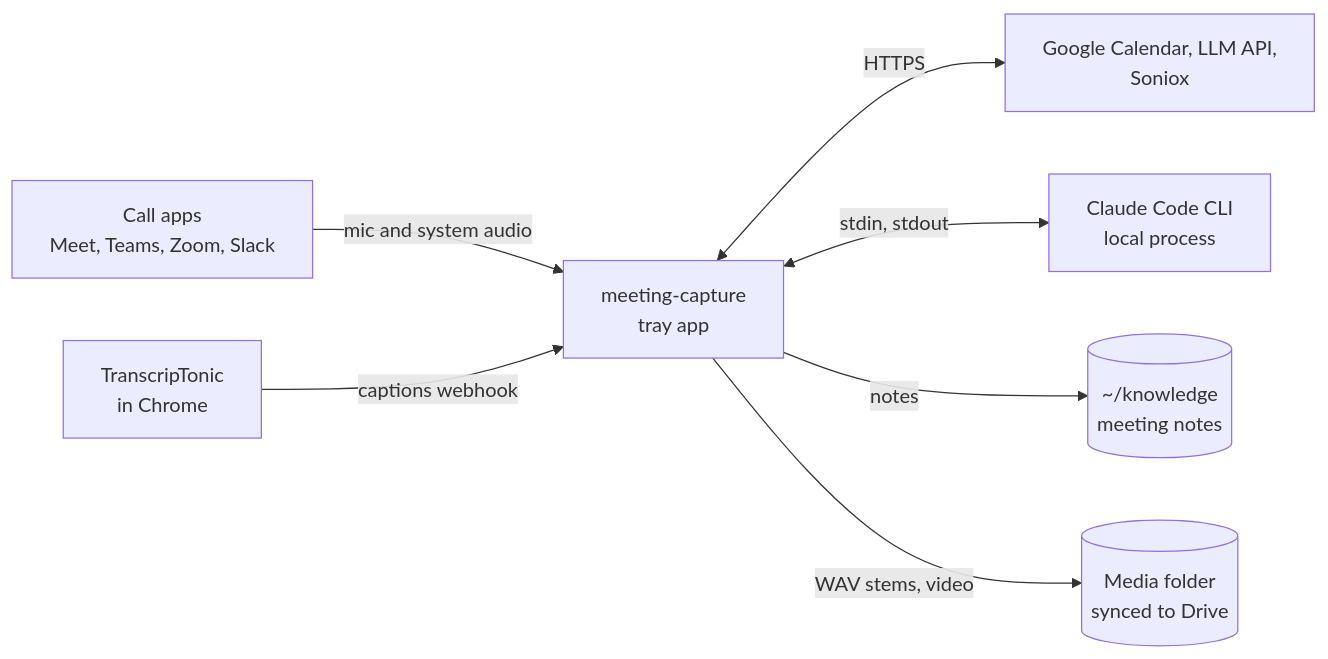
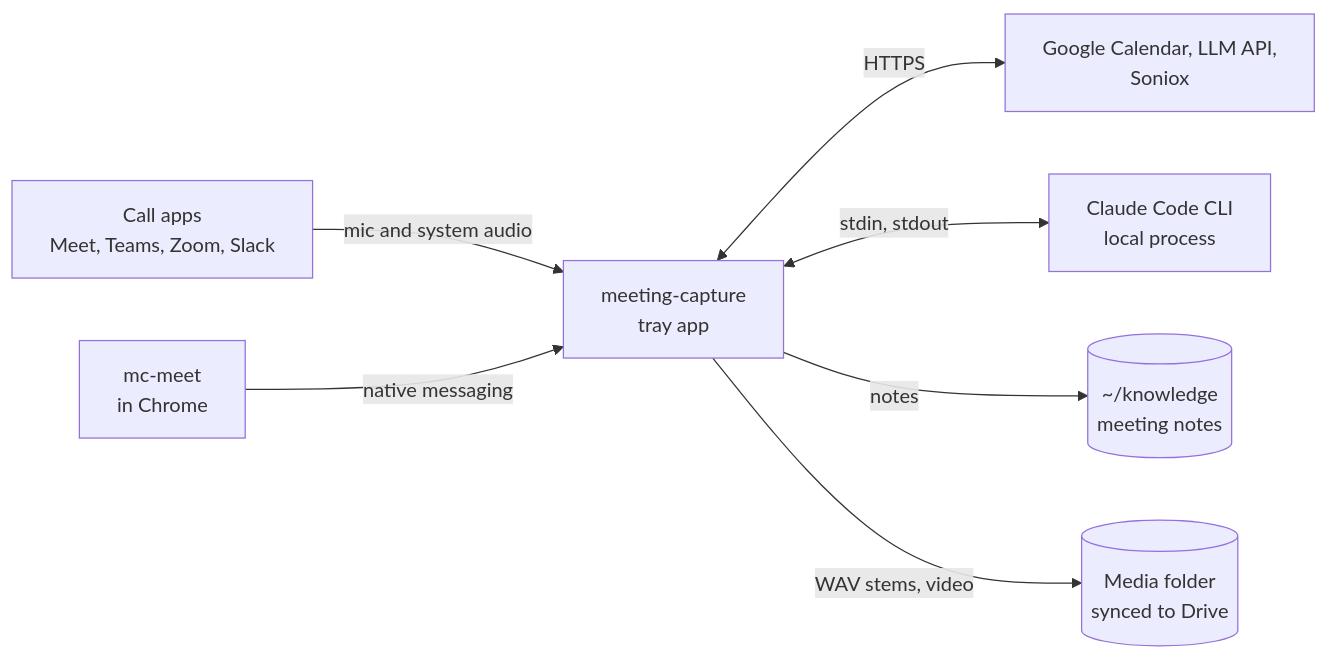
One commit to kujjwal02/meeting-capture changed the first of 9 diagrams in docs/02-architecture.md. Above: the diagram before and after it, drawn with Mermaid. The commit also changed other lines of this file and 9 other files, not shown here.

Commit message:
Describe mc-meet in place of TranscripTonic, and drop vault links from the docs

````diff
--- a/docs/02-architecture.md
+++ b/docs/02-architecture.md
@@ -12,17 +12,17 @@
 ```mermaid
 flowchart LR
     CALL["Call apps<br/>Meet, Teams, Zoom, Slack"]
-    TT["TranscripTonic<br/>in Chrome"]
+    EXTN["mc-meet<br/>in Chrome"]
     APP["meeting-capture<br/>tray app"]
     EXT["Google Calendar, LLM API,<br/>Soniox"]
     CC["Claude Code CLI<br/>local process"]
     VAULT[("~/knowledge<br/>meeting notes")]
     MEDIA[("Media folder<br/>synced to Drive")]
 
     CALL -->|mic and system audio| APP
-    TT -->|captions webhook| APP
+    EXTN -->|native messaging| APP
     APP <-->|HTTPS| EXT
     APP <-->|stdin, stdout| CC
     APP -->|notes| VAULT
     APP -->|WAV stems, video| MEDIA
 ```
````
